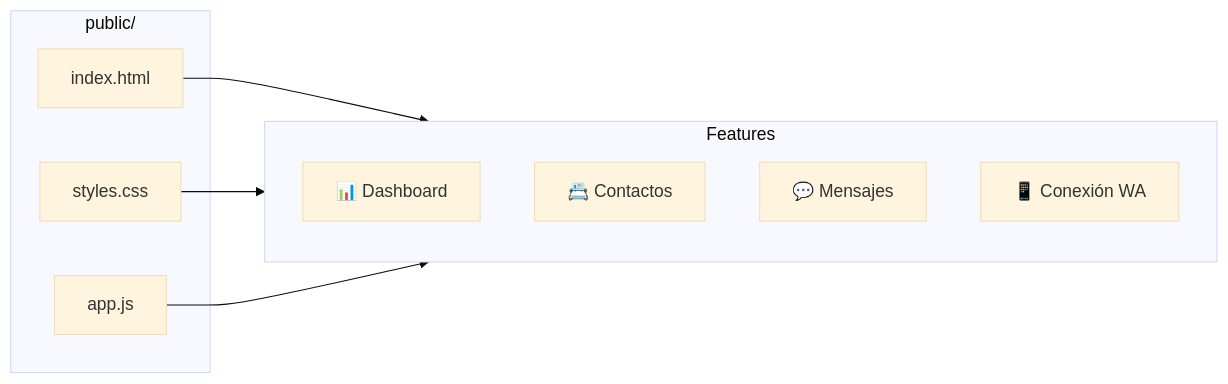
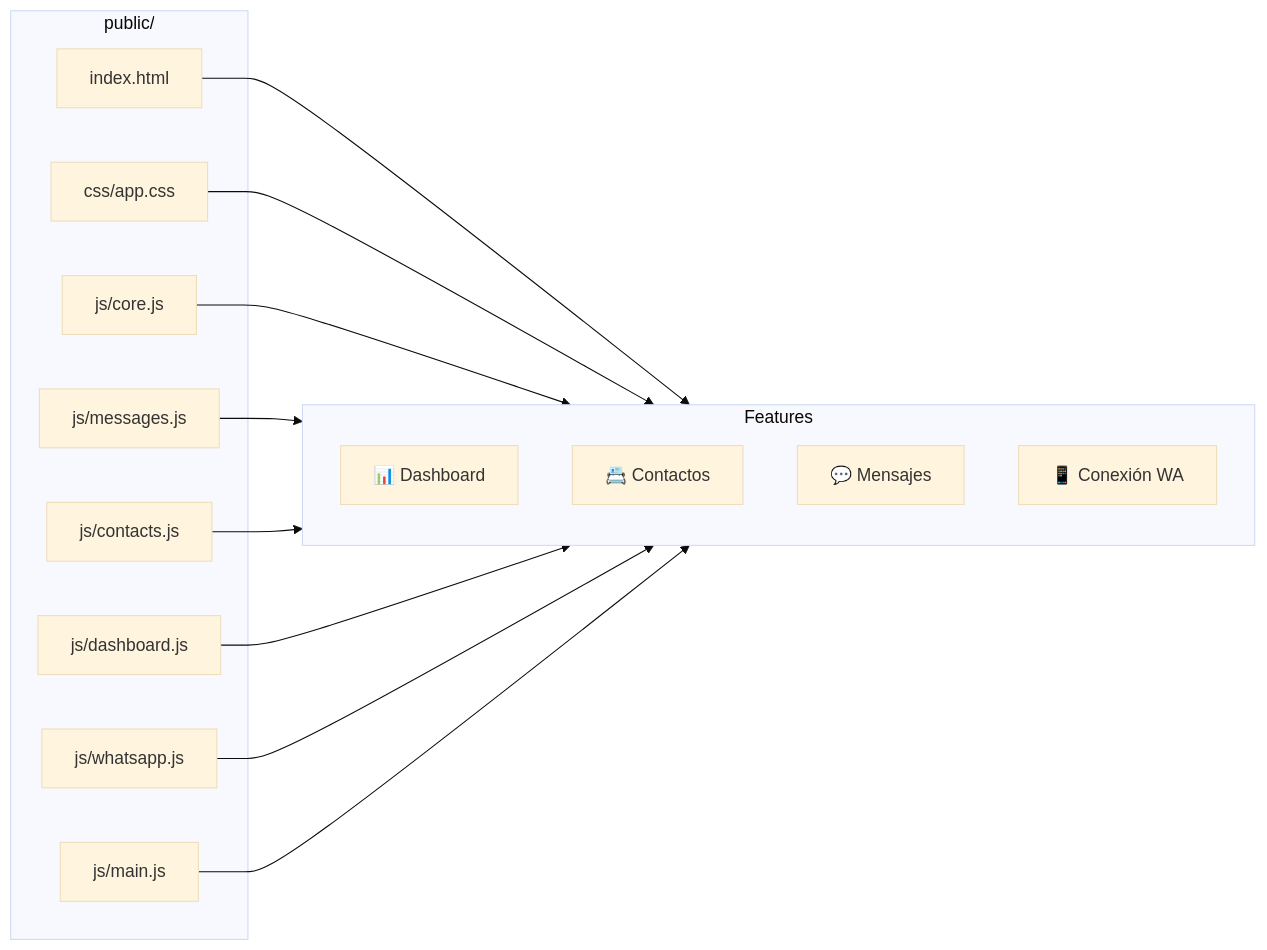
The second of 14 diagrams in docs/ARCHITECTURE.md (poravv/message-sender), drawn with Mermaid (base theme) before and after one commit. The commit also changed other lines of this file and 8 other files, not shown here.

````diff
--- a/docs/ARCHITECTURE.md
+++ b/docs/ARCHITECTURE.md
@@ -61,19 +61,29 @@
 ```mermaid
 flowchart LR
     subgraph Frontend["public/"]
         HTML[index.html]
-        CSS[styles.css]
-        JS[app.js]
+        CSS[css/app.css]
+        JS1[js/core.js]
+        JS2[js/messages.js]
+        JS3[js/contacts.js]
+        JS4[js/dashboard.js]
+        JS5[js/whatsapp.js]
+        JS6[js/main.js]
     end
     
     subgraph Features
         Dashboard[📊 Dashboard]
         Contacts[📇 Contactos]
         Messages[💬 Mensajes]
         WhatsApp[📱 Conexión WA]
     end
     
     HTML --> Features
     CSS --> Features
-    JS --> Features
+    JS1 --> Features
+    JS2 --> Features
+    JS3 --> Features
+    JS4 --> Features
+    JS5 --> Features
+    JS6 --> Features
 ```
````
